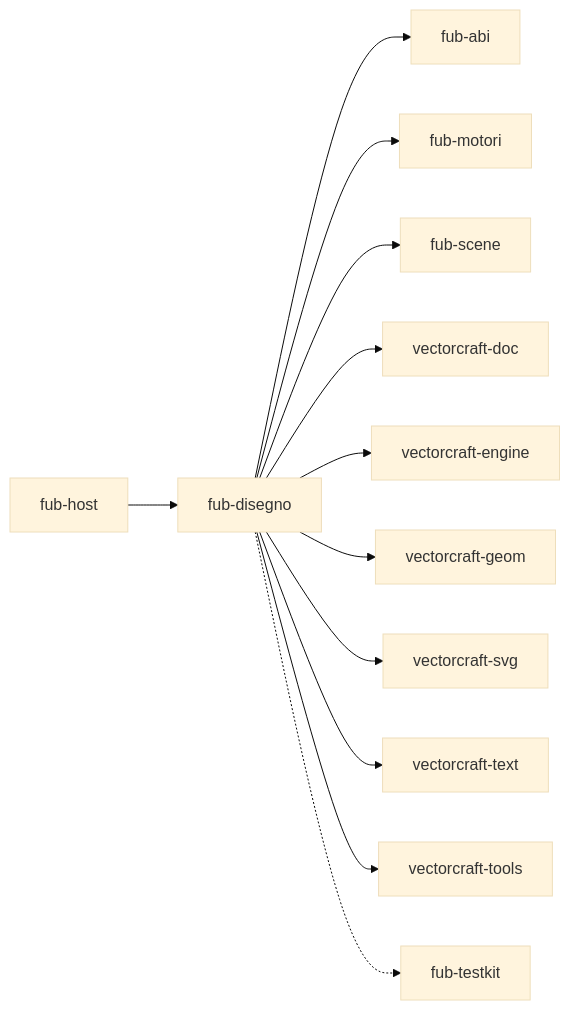
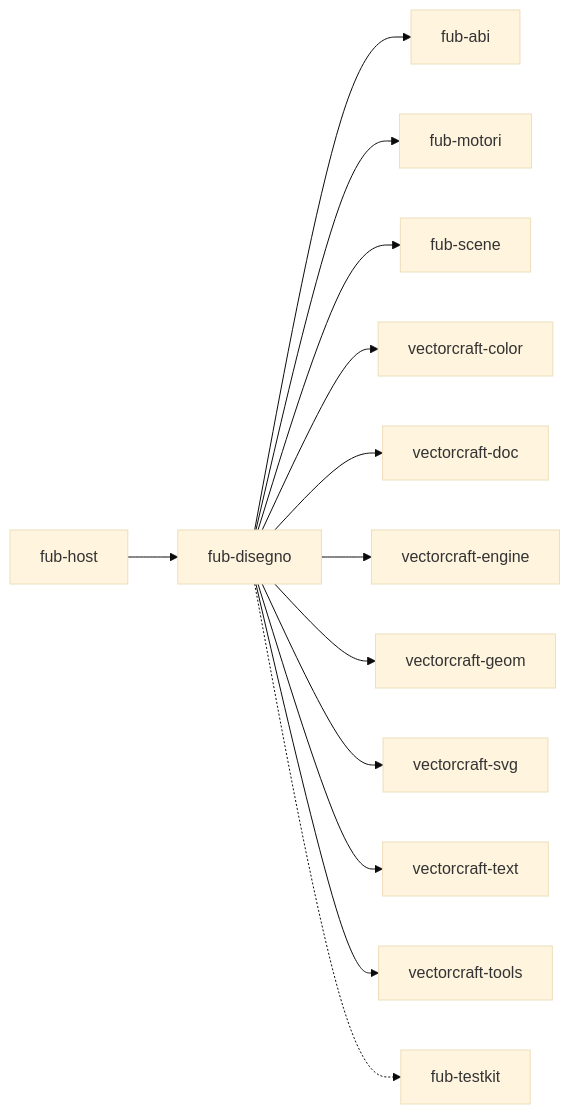
The second of 3 diagrams in docs/architecture/disegno.md (Fubeo/Fub), drawn with Mermaid (base theme) before and after one commit. The commit also changed 2 other files, not shown here.

Commit message:
fix(disegno): dichiara vectorcraft-color e la regola dei nomi delle librerie

````diff
--- a/docs/architecture/disegno.md
+++ b/docs/architecture/disegno.md
@@ -325,32 +325,32 @@
 ```mermaid
 flowchart LR
     %% @grafo-dipendenze
-    %% Il seguito del grafo: fub-disegno, chi lo prende (l'host, con la
-    %% feature `engine-drawing`), i crate di Fub da cui dipende e quelli di
-    %% VectorCraft che nomina.
+    %% Il seguito del grafo: fub-disegno, chi lo prende e che cosa nomina.
 
     host["fub-host"]
     disegno["fub-disegno"]
     abi["fub-abi"]
     motori["fub-motori"]
     scene["fub-scene"]
     testkit["fub-testkit"]
+    vcolor["vectorcraft-color"]
     vdoc["vectorcraft-doc"]
     vengine["vectorcraft-engine"]
     vgeom["vectorcraft-geom"]
     vsvg["vectorcraft-svg"]
     vtext["vectorcraft-text"]
     vtools["vectorcraft-tools"]
 
     host --> disegno
     disegno --> abi
     disegno --> motori
     disegno --> scene
+    disegno --> vcolor
     disegno --> vdoc
     disegno --> vengine
     disegno --> vgeom
     disegno --> vsvg
     disegno --> vtext
     disegno --> vtools
     disegno -.-> testkit
 ```
````
